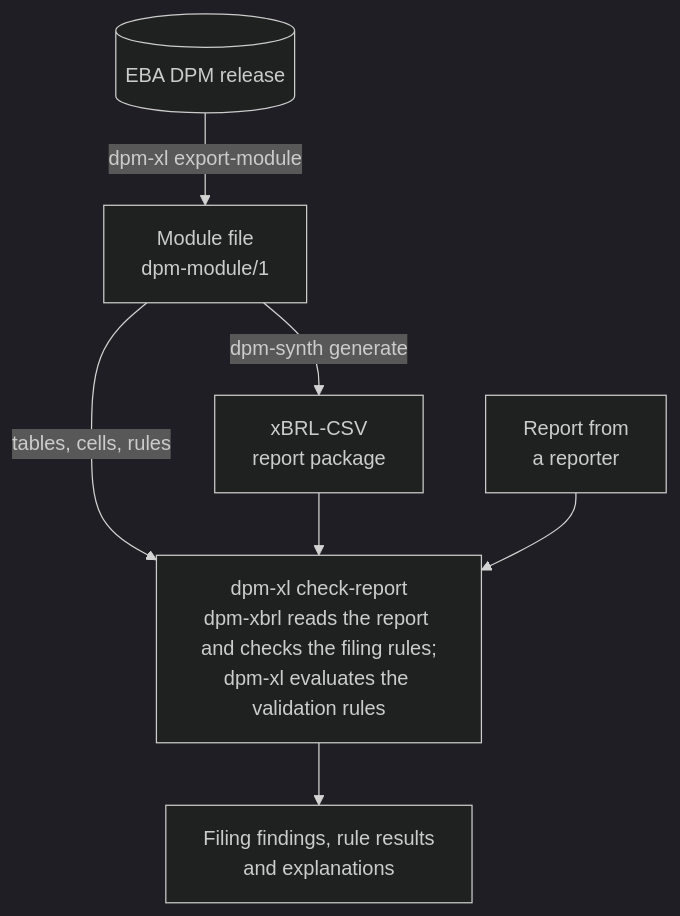
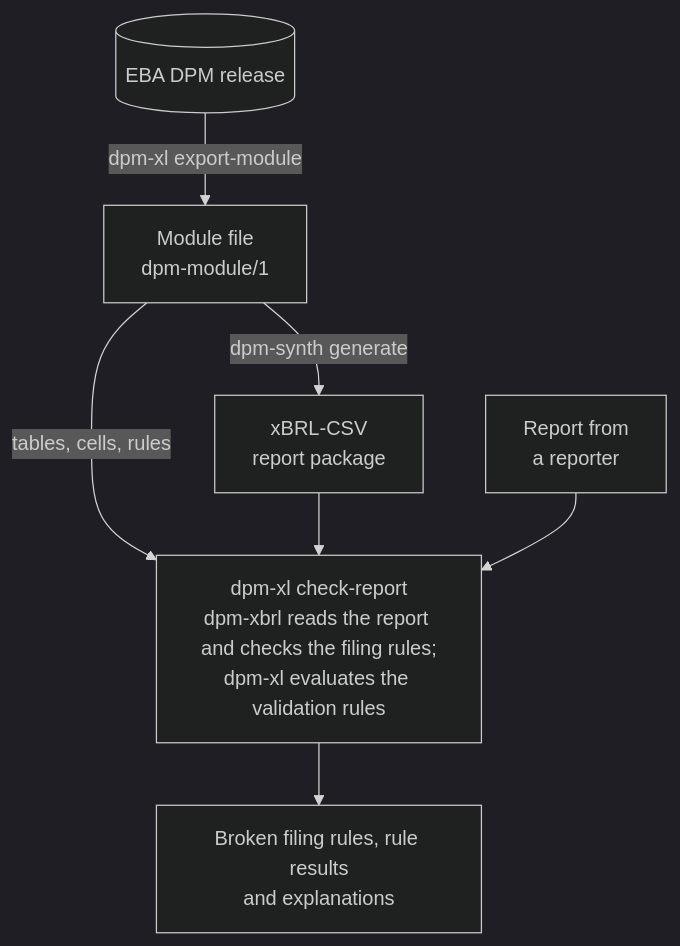
The diagram in docs/toolkit.md (luukhopman/dpm-synth), drawn with Mermaid (dark theme) before and after one commit. The commit also changed other lines of this file and 5 other files, not shown here.

````diff
--- a/docs/toolkit.md
+++ b/docs/toolkit.md
@@ -74,11 +75,11 @@
 ```mermaid
 flowchart TD
     release[("EBA DPM release")] -->|dpm-xl export-module| module["Module file<br>dpm-module/1"]
     module -->|dpm-synth generate| package["xBRL-CSV<br>report package"]
     reporter["Report from<br>a reporter"]
     check["dpm-xl check-report<br>dpm-xbrl reads the report and checks the filing rules;<br>dpm-xl evaluates the validation rules"]
     module -->|tables, cells, rules| check
     package --> check
     reporter --> check
-    check --> results["Filing findings, rule results<br>and explanations"]
+    check --> results["Broken filing rules, rule results<br>and explanations"]
 ```
````
